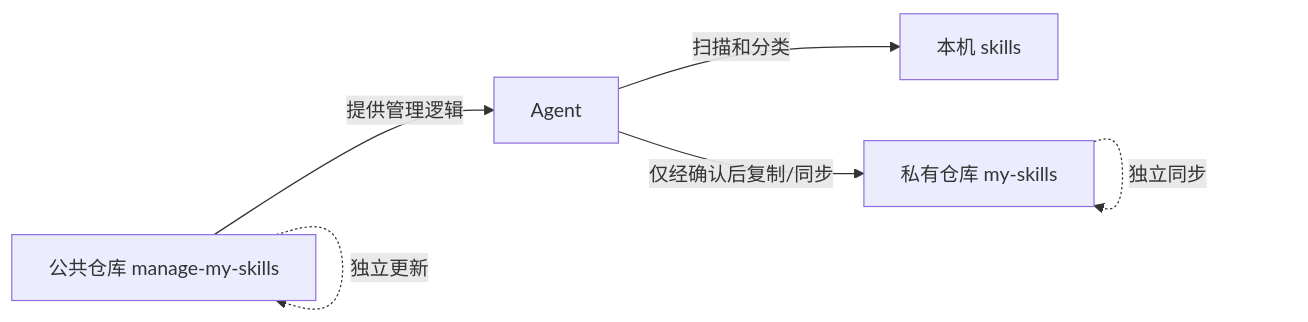
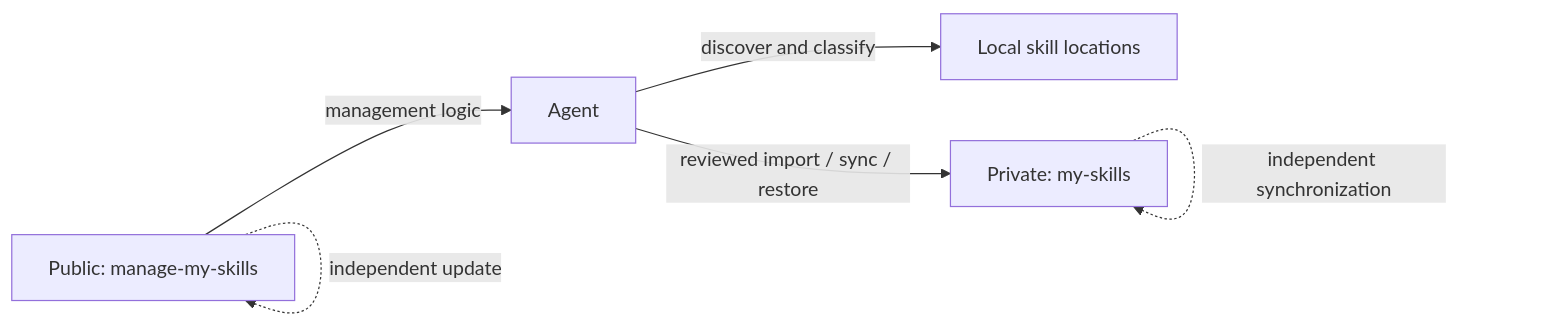
The diagram in README.md (Pursuer-Hsf/manage-my-skills), drawn with Mermaid before and after one commit. The commit also changed other lines of this file and 4 other files, not shown here.

````diff
--- a/README.md
+++ b/README.md
@@ -26,8 +46,8 @@
 ```mermaid
 flowchart LR
-    A["公共仓库 manage-my-skills"] -->|"提供管理逻辑"| B["Agent"]
-    B -->|"扫描和分类"| C["本机 skills"]
-    B -->|"仅经确认后复制/同步"| D["私有仓库 my-skills"]
-    A -. "独立更新" .-> A
-    D -. "独立同步" .-> D
+    A["Public: manage-my-skills"] -->|"management logic"| B["Agent"]
+    B -->|"discover and classify"| C["Local skill locations"]
+    B -->|"reviewed import / sync / restore"| D["Private: my-skills"]
+    A -. "independent update" .-> A
+    D -. "independent synchronization" .-> D
 ```
````
